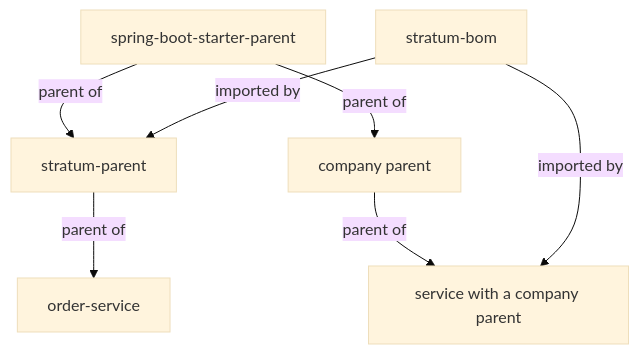
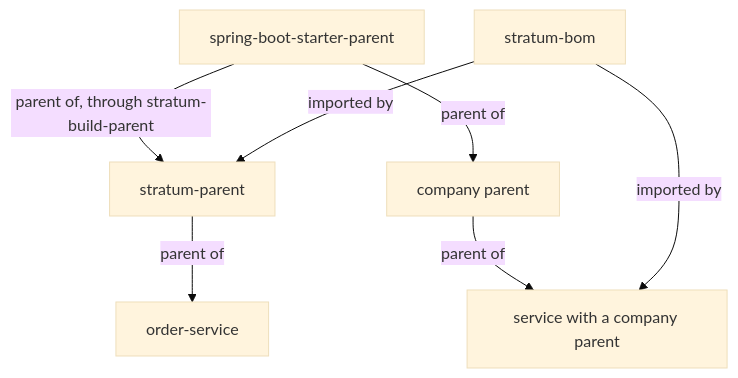
Before and after one commit to exepex/stratum: the diagram in docs/modules/parent-and-bom.md, drawn with Mermaid (base theme). The commit also changed other lines of this file and 29 other files, not shown here.

````diff
--- a/docs/modules/parent-and-bom.md
+++ b/docs/modules/parent-and-bom.md
@@ -20,9 +20,9 @@
 ```mermaid
 flowchart TD
-    SB[spring-boot-starter-parent] -->|parent of| SP[stratum-parent]
+    SB[spring-boot-starter-parent] -->|parent of, through stratum-build-parent| SP[stratum-parent]
     SB -->|parent of| CP[company parent]
     BOM[stratum-bom] -->|imported by| SP
     SP -->|parent of| S1[order-service]
     CP -->|parent of| S2[service with a company parent]
     BOM -->|imported by| S2
 ```
````
